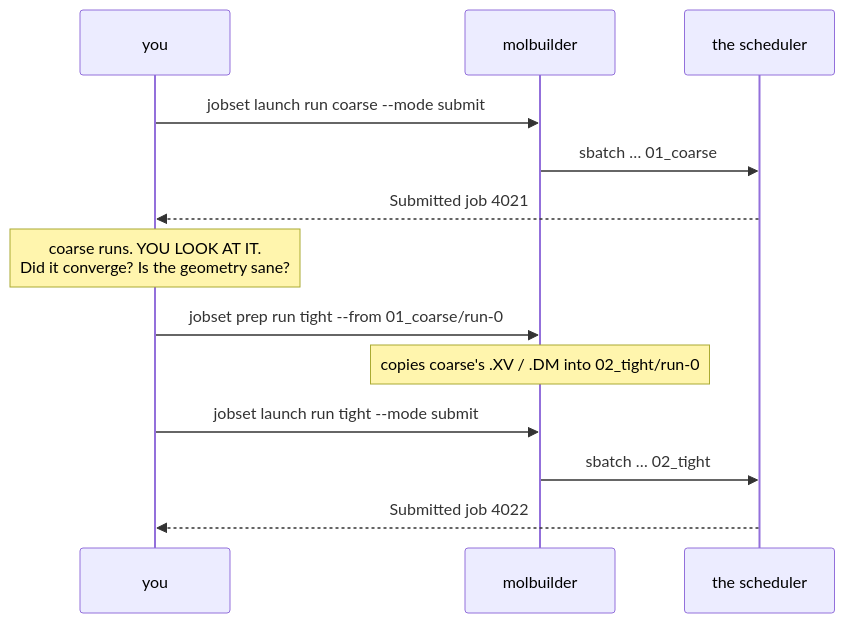
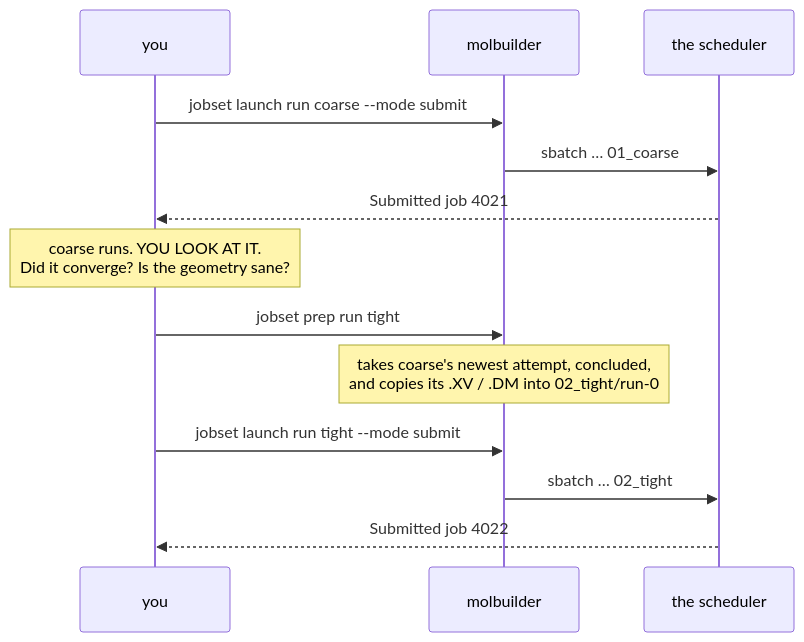
One commit to Qing-LAB/molbuilder changed the eighth of 10 diagrams in docs/execution/job-system.md. Above: the diagram before and after it, drawn with Mermaid. The commit also changed other lines of this file and 16 other files, not shown here.

````diff
--- a/docs/execution/job-system.md
+++ b/docs/execution/job-system.md
@@ -1193,15 +1221,15 @@
 ```mermaid
 sequenceDiagram
     participant U as you
     participant M as molbuilder
     participant S as the scheduler
     U->>M: jobset launch run coarse --mode submit
     M->>S: sbatch … 01_coarse
     S-->>U: Submitted job 4021
     Note over U: coarse runs. YOU LOOK AT IT.<br/>Did it converge? Is the geometry sane?
-    U->>M: jobset prep run tight --from 01_coarse/run-0
-    Note over M: copies coarse's .XV / .DM into 02_tight/run-0
+    U->>M: jobset prep run tight
+    Note over M: takes coarse's newest attempt, concluded,<br/>and copies its .XV / .DM into 02_tight/run-0
     U->>M: jobset launch run tight --mode submit
     M->>S: sbatch … 02_tight
     S-->>U: Submitted job 4022
 ```
````
